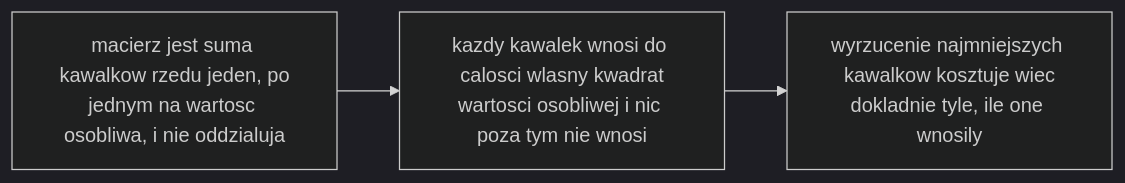
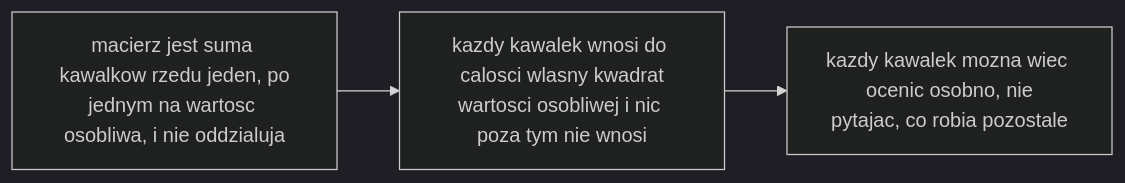
The diagram in figures/mermaid/pl/p11-keep-the-largest.mmd (konradcinkusz/math-for-ai-engineers), drawn with Mermaid (dark theme) before and after one commit. The commit also changed 5 other files, not shown here.

```diff
--- a/figures/mermaid/pl/p11-keep-the-largest.mmd
+++ b/figures/mermaid/pl/p11-keep-the-largest.mmd
@@ -1,4 +1,4 @@
 flowchart LR
   A["macierz jest suma kawalkow rzedu jeden, po<br/>jednym na wartosc osobliwa, i nie oddzialuja"]
   A --> B["kazdy kawalek wnosi do calosci wlasny kwadrat<br/>wartosci osobliwej i nic poza tym nie wnosi"]
-  B --> C["wyrzucenie najmniejszych kawalkow kosztuje wiec<br/>dokladnie tyle, ile one wnosily"]
+  B --> C["kazdy kawalek mozna wiec ocenic osobno, nie<br/>pytajac, co robia pozostale"]
```
